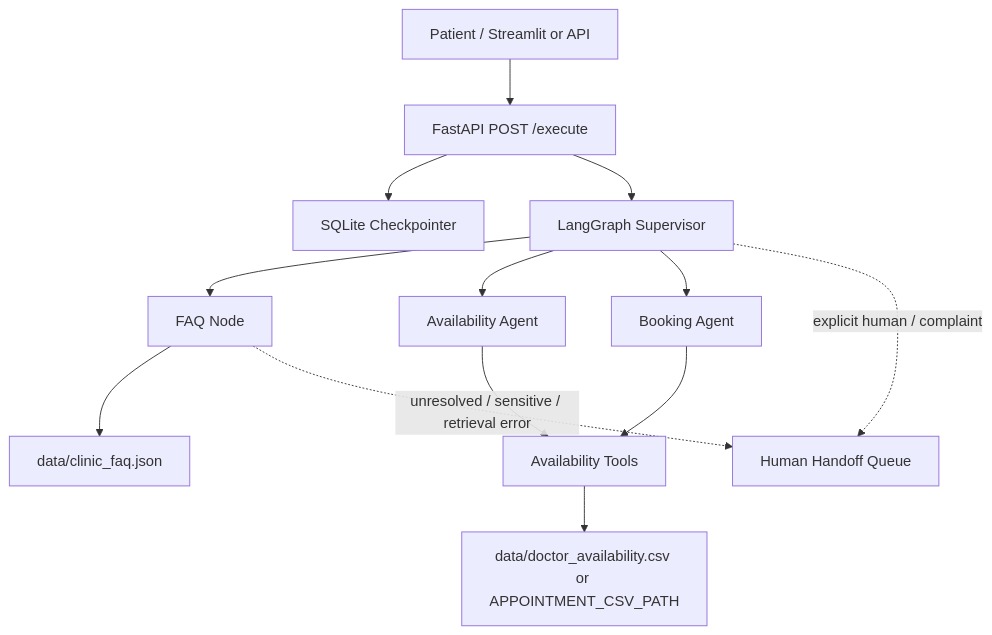
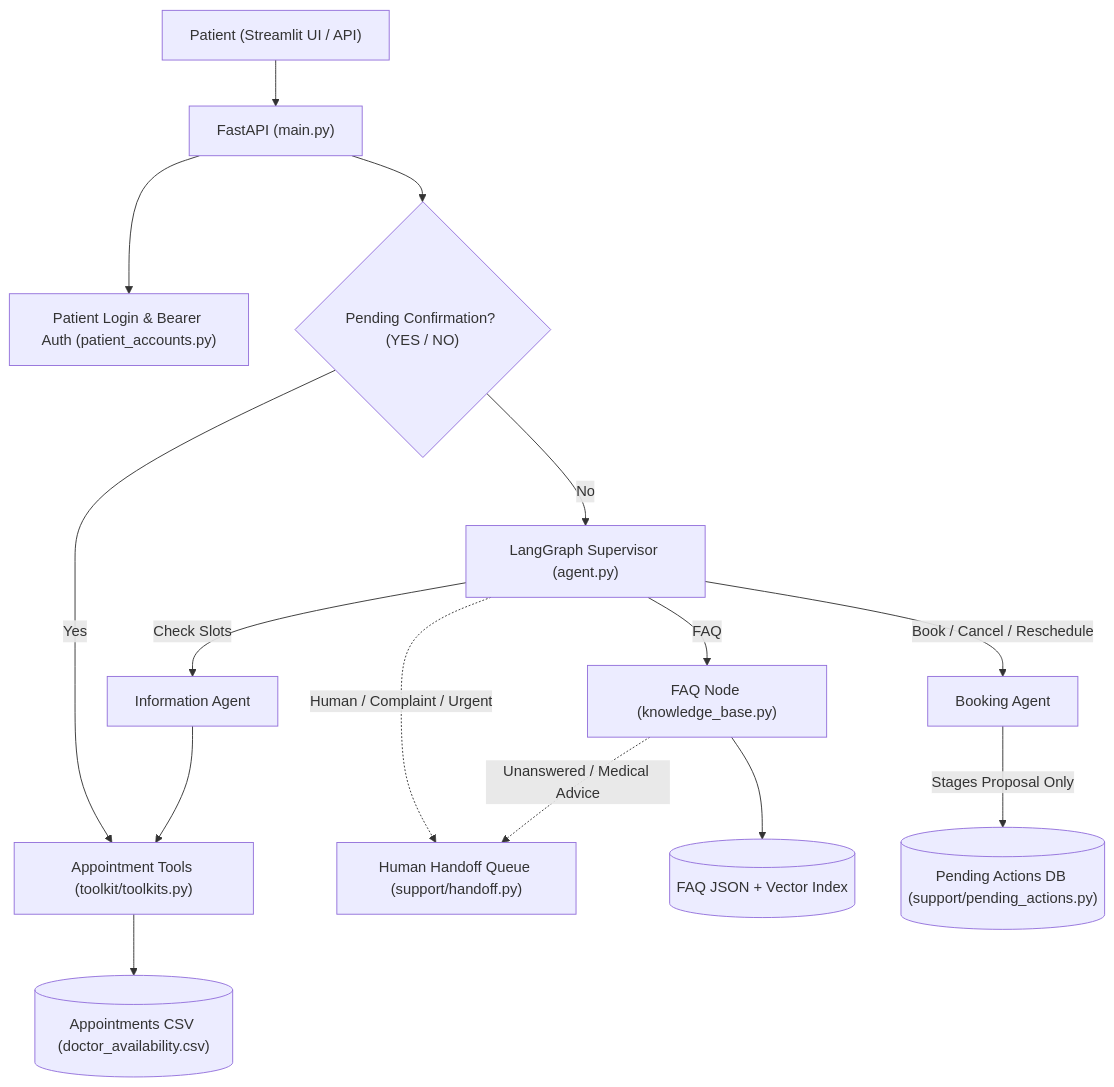
One commit to moamedmer68-commits/clinic-ai-customer-service changed the diagram in README.md. Above: the diagram before and after it, drawn with Mermaid. The commit also changed other lines of this file and 8 other files, not shown here.

Commit message:
feat: advance patient onboarding and handoff lifecycle

````diff
--- a/README.md
+++ b/README.md
@@ -50,15 +11,20 @@
 ```mermaid
 flowchart TD
-    User[Patient / Streamlit or API] --> API[FastAPI POST /execute]
-    API --> Memory[SQLite Checkpointer]
-    API --> Supervisor[LangGraph Supervisor]
-    Supervisor --> FAQ[FAQ Node]
-    Supervisor --> Info[Availability Agent]
-    Supervisor --> Booking[Booking Agent]
-    FAQ --> KB[data/clinic_faq.json]
-    Info --> Tools[Availability Tools]
-    Booking --> Tools
-    Tools --> CSV[data/doctor_availability.csv or APPOINTMENT_CSV_PATH]
-    Supervisor -. explicit human / complaint .-> Handoff[Human Handoff Queue]
-    FAQ -. unresolved / sensitive / retrieval error .-> Handoff
+    User["Patient (Streamlit UI / API)"] --> API["FastAPI (main.py)"]
+    API --> Auth["Patient Login & Bearer Auth (patient_accounts.py)"]
+    API --> Confirm{"Pending Confirmation? (YES / NO)"}
+
+    Confirm -->|"Yes"| Tools["Appointment Tools (toolkit/toolkits.py)"]
+    Confirm -->|"No"| Supervisor["LangGraph Supervisor (agent.py)"]
+
+    Supervisor -->|"FAQ"| FAQ["FAQ Node (knowledge_base.py)"]
+    Supervisor -->|"Check Slots"| Info["Information Agent"]
+    Supervisor -->|"Book / Cancel / Reschedule"| Booking["Booking Agent"]
+    Supervisor -.->|"Human / Complaint / Urgent"| Handoff["Human Handoff Queue (support/handoff.py)"]
+
+    FAQ --> VectorIndex[("FAQ JSON + Vector Index")]
+    FAQ -.->|"Unanswered / Medical Advice"| Handoff
+    Info --> Tools
+    Booking -->|"Stages Proposal Only"| Pending[("Pending Actions DB (support/pending_actions.py)")]
+    Tools --> CSV[("Appointments CSV (doctor_availability.csv)")]
 ```
````
